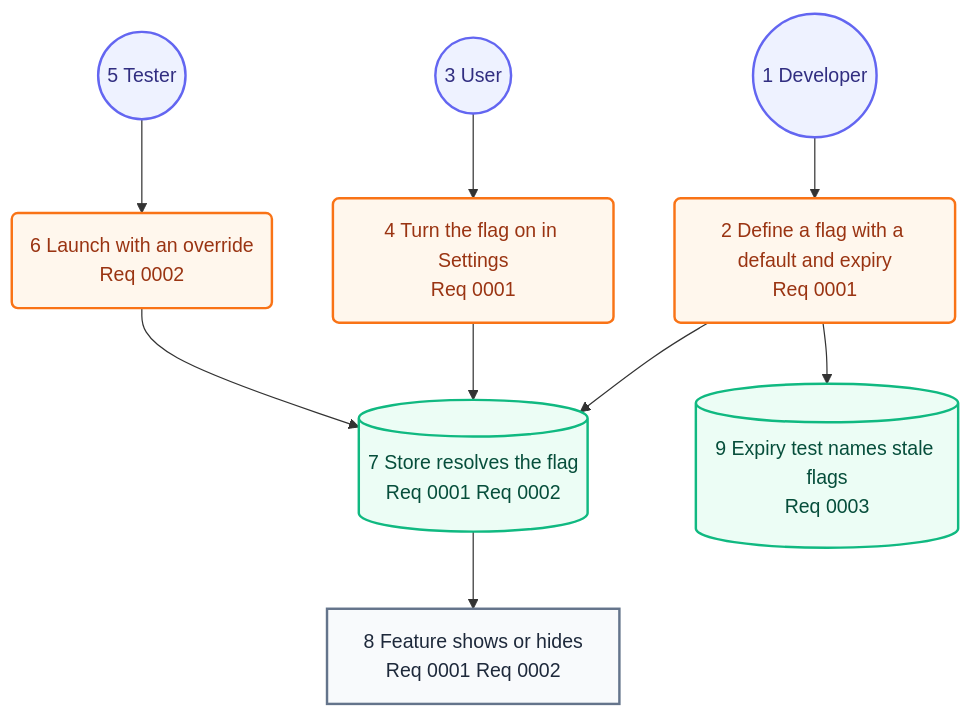
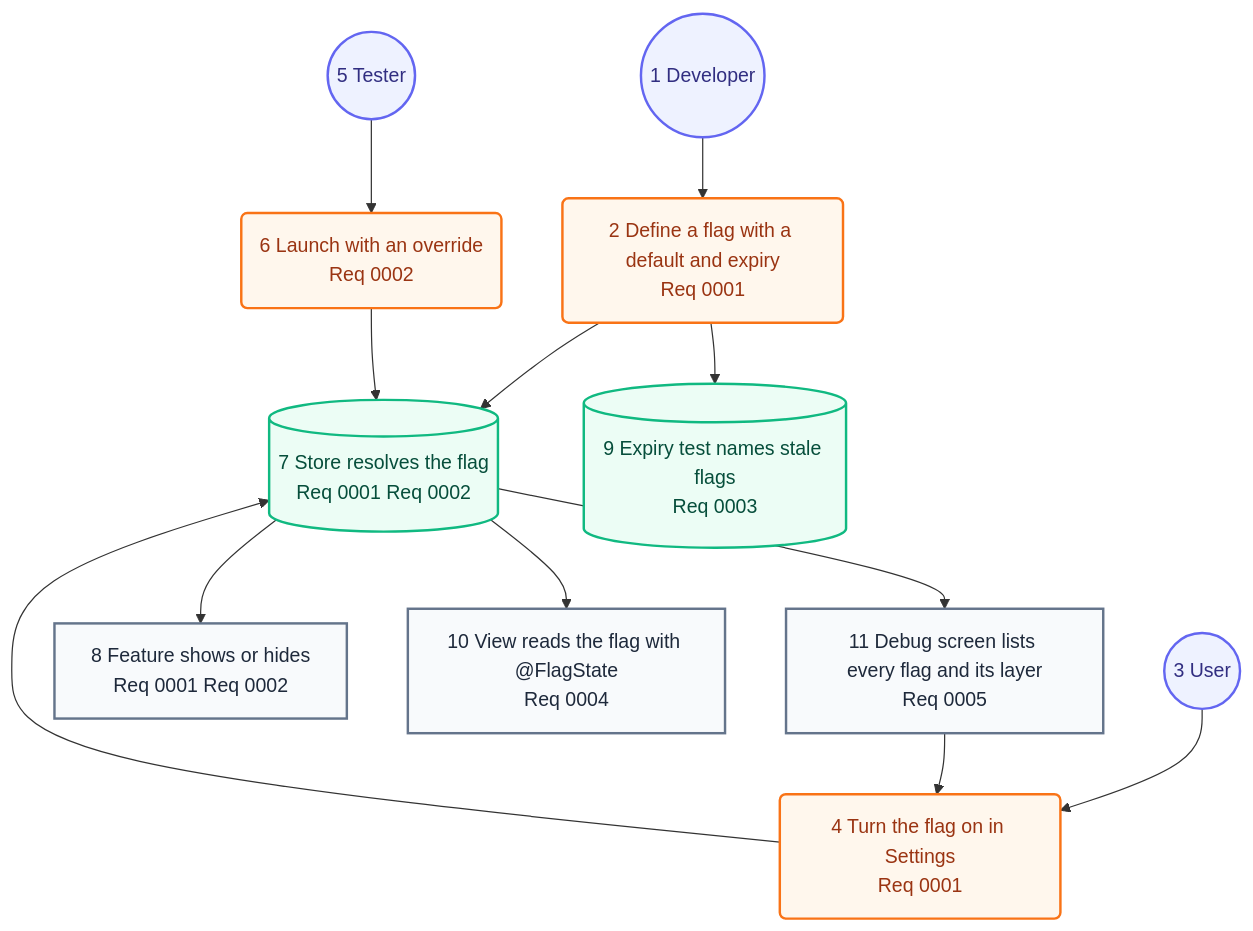
The second of 2 diagrams in docs/architecture/05-user-journey.md (may-journal/feature-flag-kit), drawn with Mermaid before and after one commit. The commit also changed other lines of this file and 19 other files, not shown here.

First line of the commit message:
feat(ui): SwiftUI flag wrapper and debug screen

````diff
--- a/docs/architecture/05-user-journey.md
+++ b/docs/architecture/05-user-journey.md
@@ -31,26 +31,31 @@
 ```mermaid
 flowchart TB
     developer((1 Developer)):::persona
     define(2 Define a flag with a default and expiry<br/>Req 0001):::action
     user((3 User)):::persona
     toggle(4 Turn the flag on in Settings<br/>Req 0001):::action
     tester((5 Tester)):::persona
     launch(6 Launch with an override<br/>Req 0002):::action
     resolve[(7 Store resolves the flag<br/>Req 0001 Req 0002)]:::system
     feature[8 Feature shows or hides<br/>Req 0001 Req 0002]:::screen
     expiry[(9 Expiry test names stale flags<br/>Req 0003)]:::system
+    view[10 View reads the flag with @FlagState<br/>Req 0004]:::screen
+    debug[11 Debug screen lists every flag and its layer<br/>Req 0005]:::screen
 
     developer --> define
     user --> toggle
     tester --> launch
     define --> resolve
     toggle --> resolve
     launch --> resolve
     resolve --> feature
     define --> expiry
+    resolve --> view
+    resolve --> debug
+    debug --> toggle
 
     classDef persona fill:#eef2ff,stroke:#6366f1,color:#312e81,stroke-width:2px
     classDef screen fill:#f8fafc,stroke:#64748b,color:#1e293b,stroke-width:2px
     classDef action fill:#fff7ed,stroke:#f97316,color:#9a3412,stroke-width:2px
     classDef system fill:#ecfdf5,stroke:#10b981,color:#064e3b,stroke-width:2px
 ```
````
